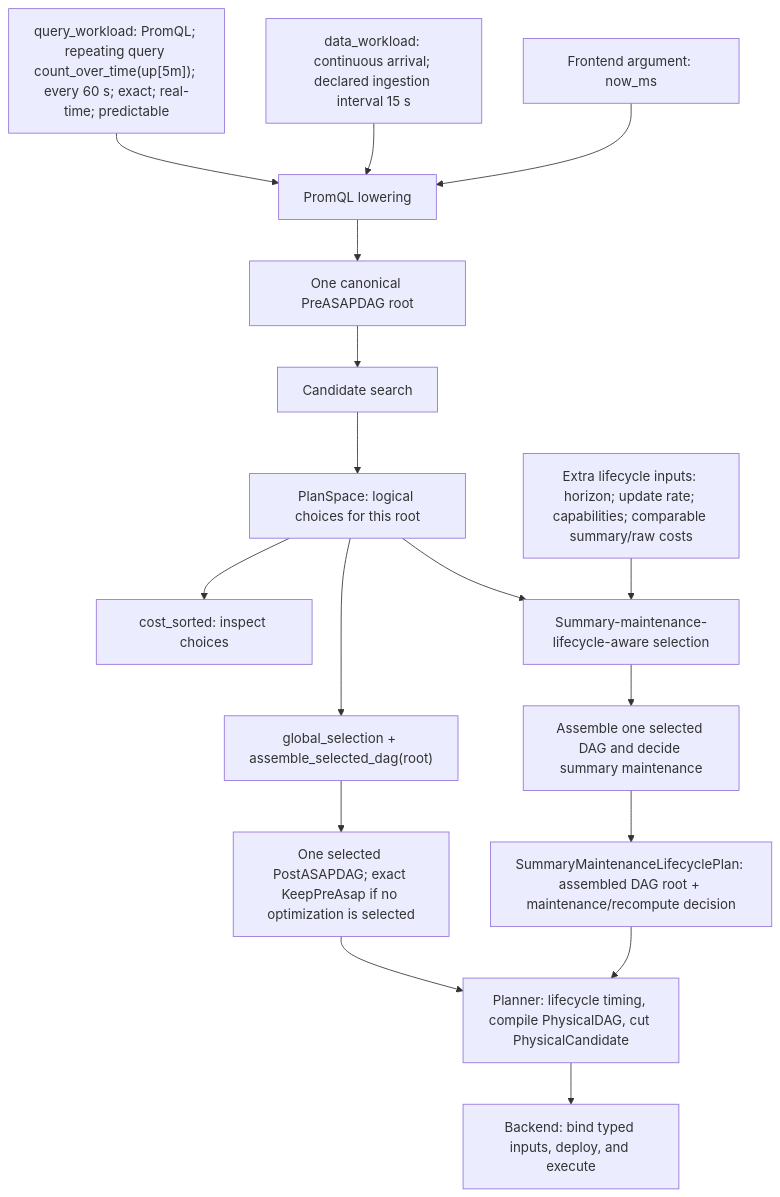
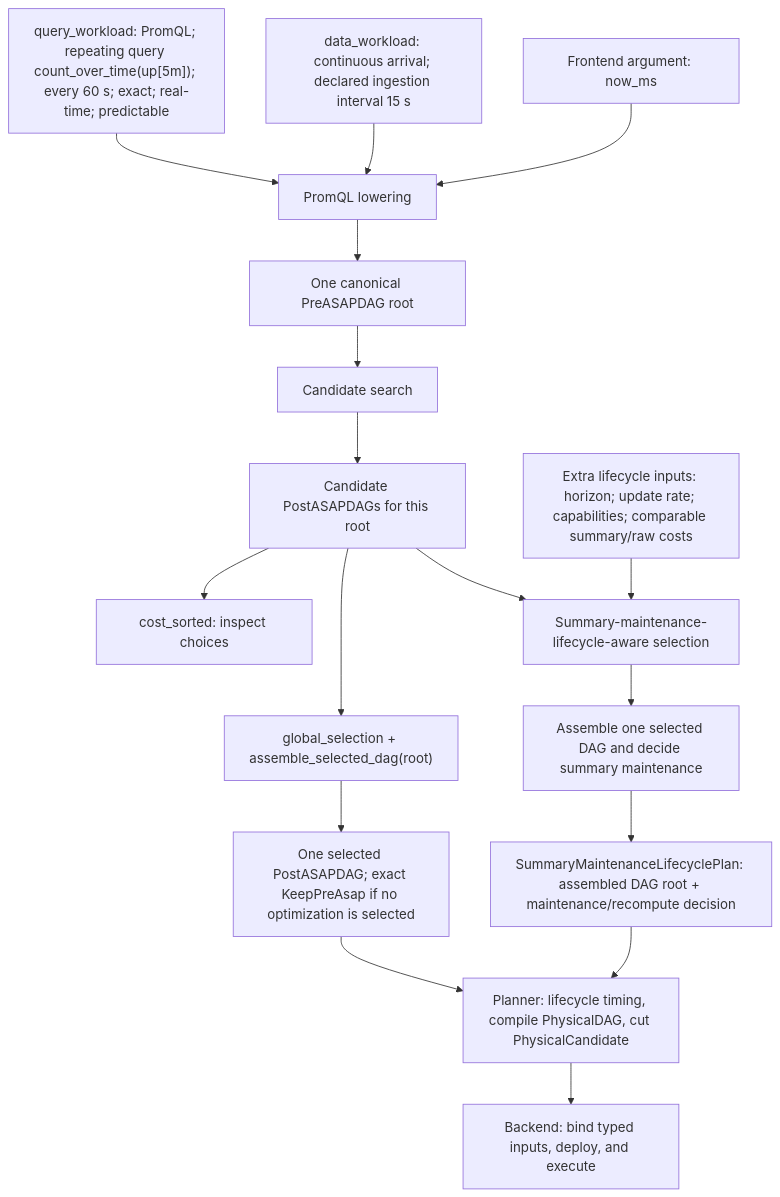
One commit to ProjectASAP/ASAPPlanner changed the first of 2 diagrams in docs/design_docs/architecture/input-output-workflow.md. Above: the diagram before and after it, drawn with Mermaid. The commit also changed other lines of this file and 2 other files, not shown here.

First line of the commit message:
docs: preserve all candidate DAGs through every Planner layer

````diff
--- a/docs/design_docs/architecture/input-output-workflow.md
+++ b/docs/design_docs/architecture/input-output-workflow.md
@@ -75,27 +75,27 @@
 ```mermaid
 flowchart TD
     Q["query_workload: PromQL; repeating query count_over_time(up[5m]); every 60 s; exact; real-time; predictable"]
     D["data_workload: continuous arrival; declared ingestion interval 15 s"]
     T["Frontend argument: now_ms"]
     F["PromQL lowering"]
     R["One canonical PreASAPDAG root"]
     S["Candidate search"]
-    P["PlanSpace: logical choices for this root"]
+    P["Candidate PostASAPDAGs for this root"]
     I["cost_sorted: inspect choices"]
     G["global_selection + assemble_selected_dag(root)"]
     L["One selected PostASAPDAG; exact KeepPreAsap if no optimization is selected"]
     X["Extra lifecycle inputs: horizon; update rate; capabilities; comparable summary/raw costs"]
     H["Summary-maintenance-lifecycle-aware selection"]
     HM["Assemble one selected DAG and decide summary maintenance"]
     O["SummaryMaintenanceLifecyclePlan: assembled DAG root + maintenance/recompute decision"]
     PC["Planner: lifecycle timing, compile PhysicalDAG, cut PhysicalCandidate"]
     B["Backend: bind typed inputs, deploy, and execute"]
     Q --> F
     D --> F
     T --> F
     F --> R --> S --> P
     P --> I
     P --> G --> L --> PC --> B
     P --> H
     X --> H --> HM --> O --> PC
 ```
````
